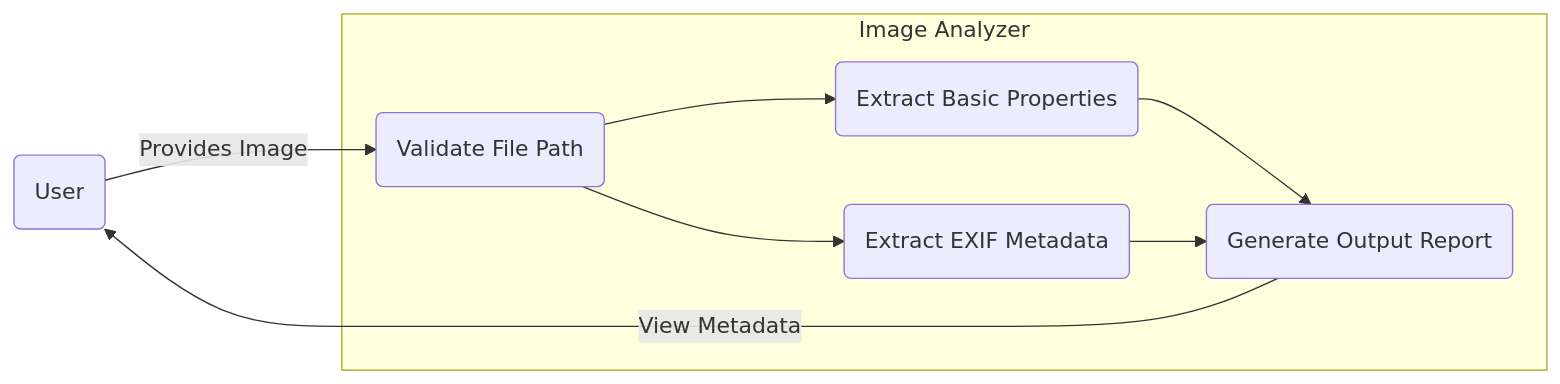
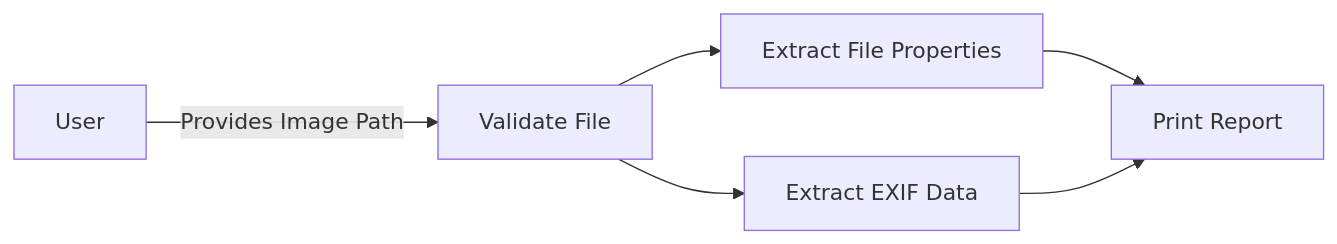
The diagram in README.md (animishraa05/image-analyser), drawn with Mermaid before and after one commit. The commit also changed other lines of this file and 2 other files, not shown here.

Commit message:
fix: add sample.jpg, fix gitignore, rewrite README with working mermaid

````diff
--- a/README.md
+++ b/README.md
@@ -19,17 +24,8 @@
 ```mermaid
 graph LR
-    User(User)
-    subgraph IA [Image Analyzer]
-        UC1(Validate File Path)
-        UC2(Extract Basic Properties)
-        UC3(Extract EXIF Metadata)
-        UC4(Generate Output Report)
-    end
-    
-    User -->|Provides Image| UC1
-    UC1 --> UC2
-    UC1 --> UC3
-    UC2 --> UC4
-    UC3 --> UC4
-    UC4 -->|View Metadata| User
+    A[User] -->|Provides Image Path| B[Validate File]
+    B --> C[Extract File Properties]
+    B --> D[Extract EXIF Data]
+    C --> E[Print Report]
+    D --> E[Print Report]
 ```
````
